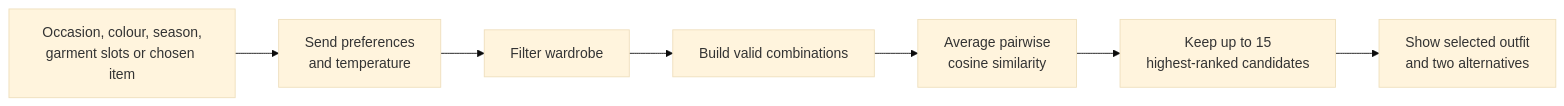
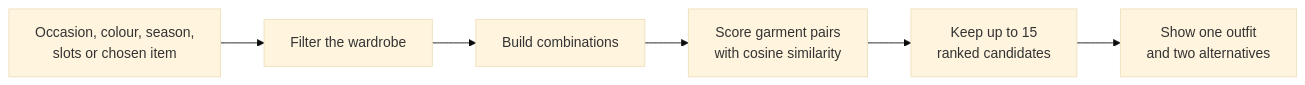
Before and after one commit to heyitssyakirrr/stylemate: the third of 4 diagrams in README.md, drawn with Mermaid (base theme). The commit also changed other lines of this file, not shown here.

````diff
--- a/README.md
+++ b/README.md
@@ -74,9 +75,8 @@
 ```mermaid
 flowchart LR
-    Input["Occasion, colour, season,<br/>garment slots or chosen item"] --> Request["Send preferences<br/>and temperature"]
-    Request --> Filter["Filter wardrobe"]
-    Filter --> Combine["Build valid combinations"]
-    Combine --> Score["Average pairwise<br/>cosine similarity"]
-    Score --> Results["Keep up to 15<br/>highest-ranked candidates"]
-    Results --> Choice["Show selected outfit<br/>and two alternatives"]
+    Input["Occasion, colour, season,<br/>slots or chosen item"] --> Filter["Filter the wardrobe"]
+    Filter --> Combine["Build combinations"]
+    Combine --> Score["Score garment pairs<br/>with cosine similarity"]
+    Score --> Top["Keep up to 15<br/>ranked candidates"]
+    Top --> Result["Show one outfit<br/>and two alternatives"]
 ```
````
